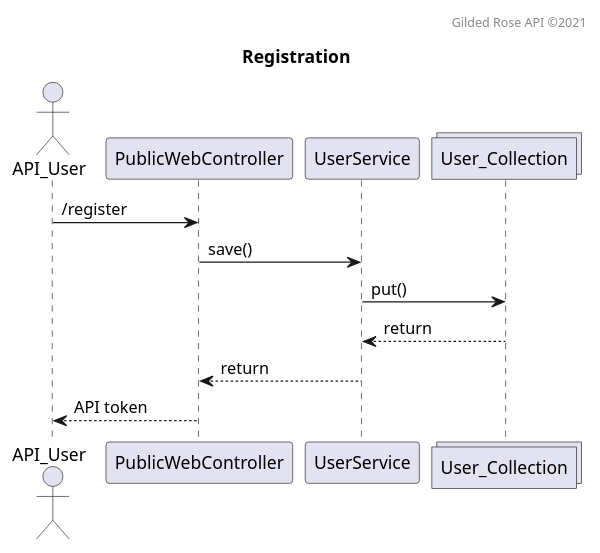
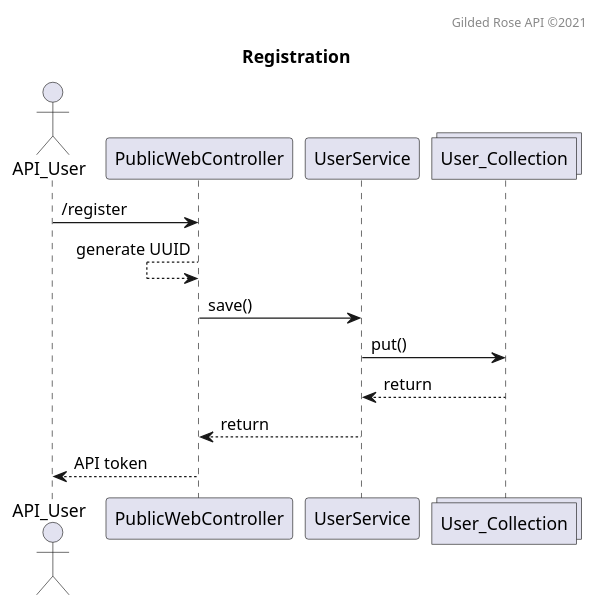
Before and after one commit to bladewheels/GildedRoseAPI: the diagram in src/main/resources/seq.register.puml, drawn with PlantUML.

```diff
--- a/src/main/resources/seq.register.puml
+++ b/src/main/resources/seq.register.puml
@@ -1,16 +1,17 @@
 @startuml
 title Registration
 header Gilded Rose API ©2021
 
 actor API_User
 participant PublicWebController
 participant UserService
 collections User_Collection
 
 API_User -> PublicWebController : /register
+PublicWebController <-- PublicWebController : generate UUID
 PublicWebController -> UserService : save()
 UserService -> User_Collection: put()
 UserService <-- User_Collection : return
 PublicWebController <-- UserService : return
 API_User <-- PublicWebController : API token
 @enduml
```
